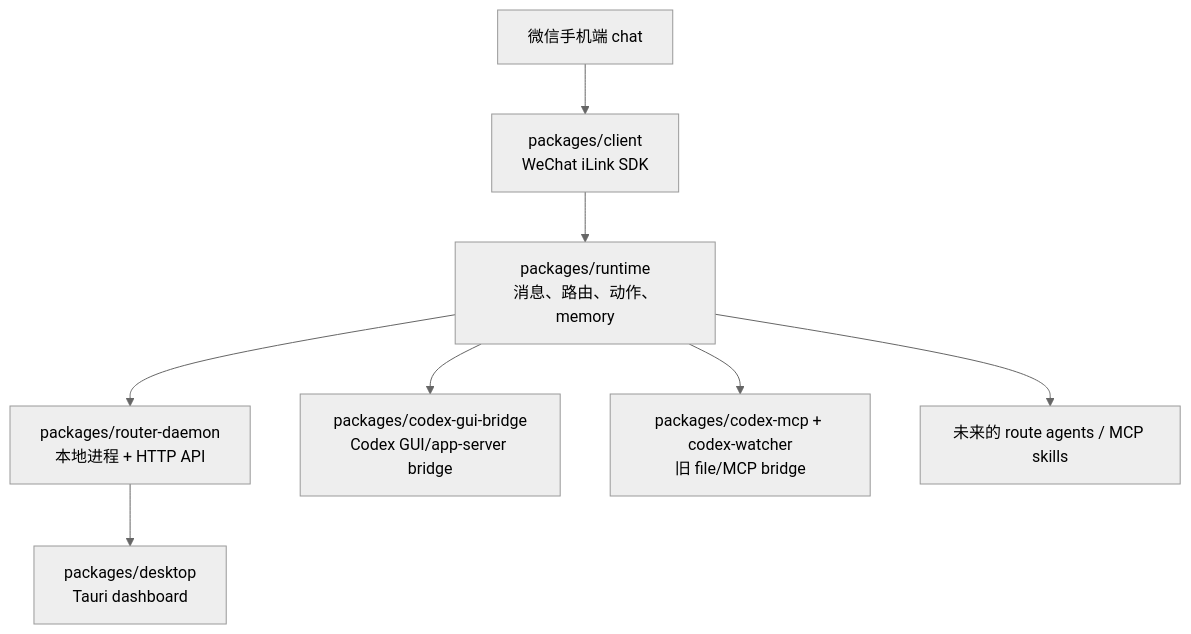
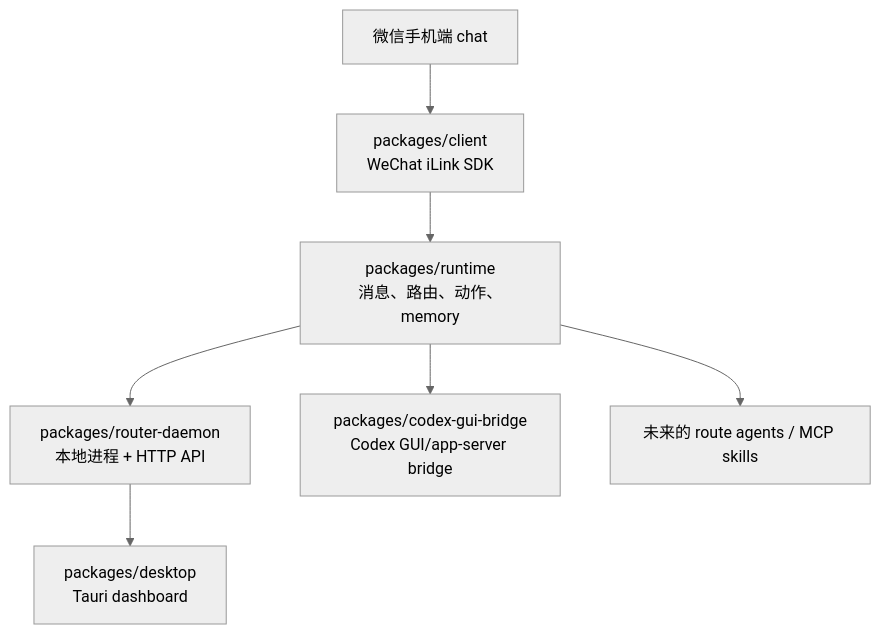
Before and after one commit to WillbsoluteVodka/wechat2all: the diagram in README.zh_CN.md, drawn with Mermaid (neutral theme). The commit also changed other lines of this file and 39 other files, not shown here.

Commit message:
Refine Codex GUI route bridge

````diff
--- a/README.zh_CN.md
+++ b/README.zh_CN.md
@@ -12,10 +12,9 @@
 ```mermaid
 flowchart TD
   W["微信手机端 chat"] --> C["packages/client<br/>WeChat iLink SDK"]
   C --> R["packages/runtime<br/>消息、路由、动作、memory"]
   R --> D["packages/router-daemon<br/>本地进程 + HTTP API"]
   D --> UI["packages/desktop<br/>Tauri dashboard"]
   R --> CG["packages/codex-gui-bridge<br/>Codex GUI/app-server bridge"]
-  R --> FM["packages/codex-mcp + codex-watcher<br/>旧 file/MCP bridge"]
   R --> A["未来的 route agents / MCP skills"]
 ```
````
